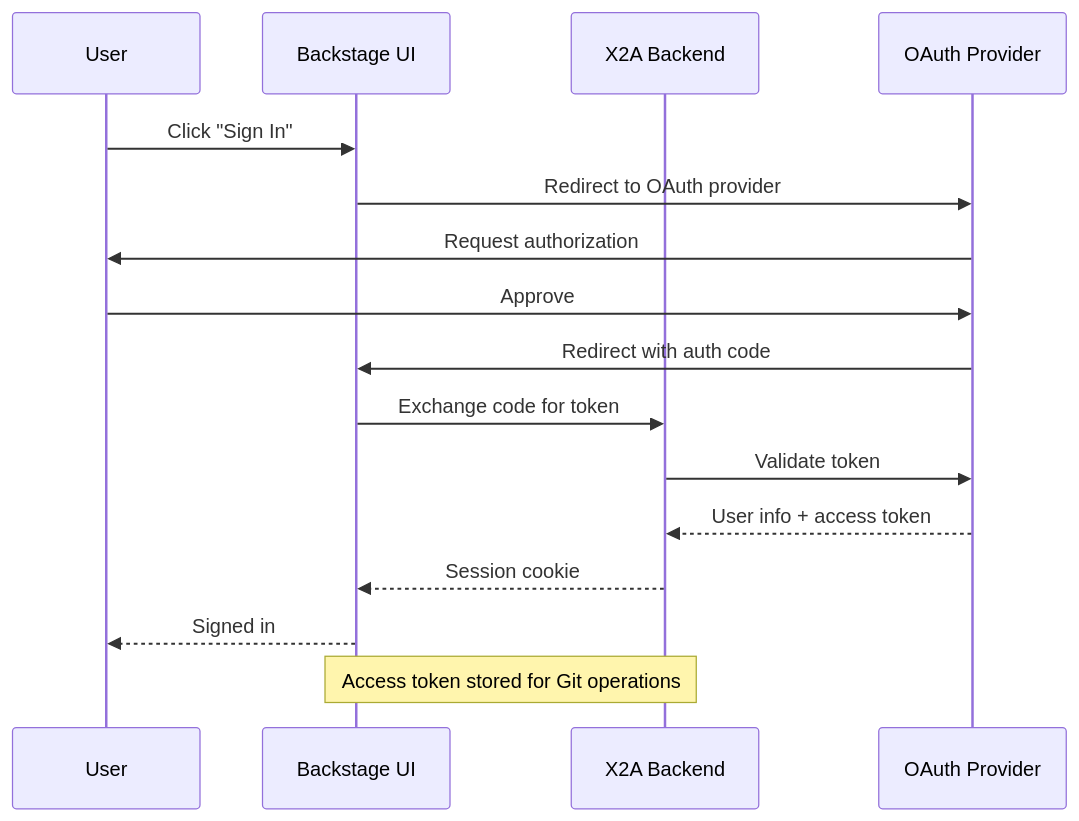
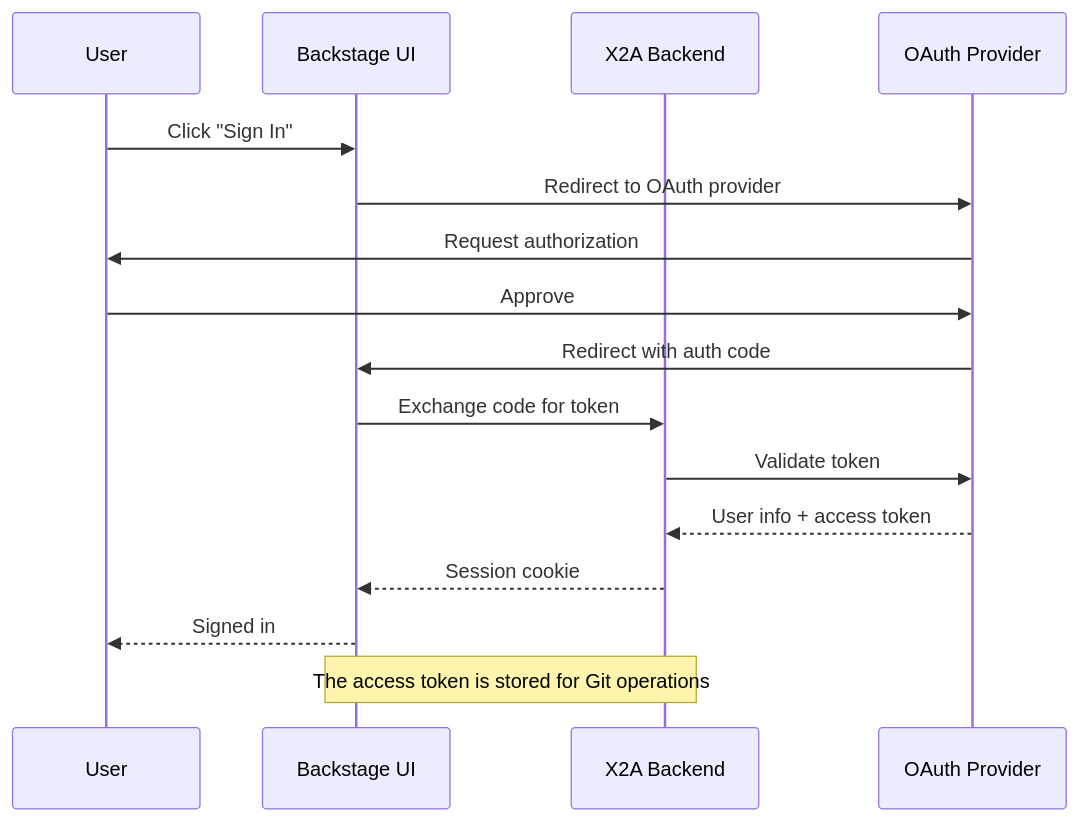
One commit to x2ansible/x2ansible.github.io changed the diagram in docs/latest/platform/authentication.md. Above: the diagram before and after it, drawn with Mermaid. The commit also changed other lines of this file, not shown here.

````diff
--- a/docs/latest/platform/authentication.md
+++ b/docs/latest/platform/authentication.md
@@ -276,20 +291,20 @@
 ```mermaid
 sequenceDiagram
     participant User
     participant UI as Backstage UI
     participant Backend as X2A Backend
     participant OAuth as OAuth Provider
 
     User->>UI: Click "Sign In"
     UI->>OAuth: Redirect to OAuth provider
     OAuth->>User: Request authorization
     User->>OAuth: Approve
     OAuth->>UI: Redirect with auth code
     UI->>Backend: Exchange code for token
     Backend->>OAuth: Validate token
     OAuth-->>Backend: User info + access token
     Backend-->>UI: Session cookie
     UI-->>User: Signed in
 
-    Note over UI,Backend: Access token stored for Git operations
+    Note over UI,Backend: The access token is stored for Git operations
 ```
````
